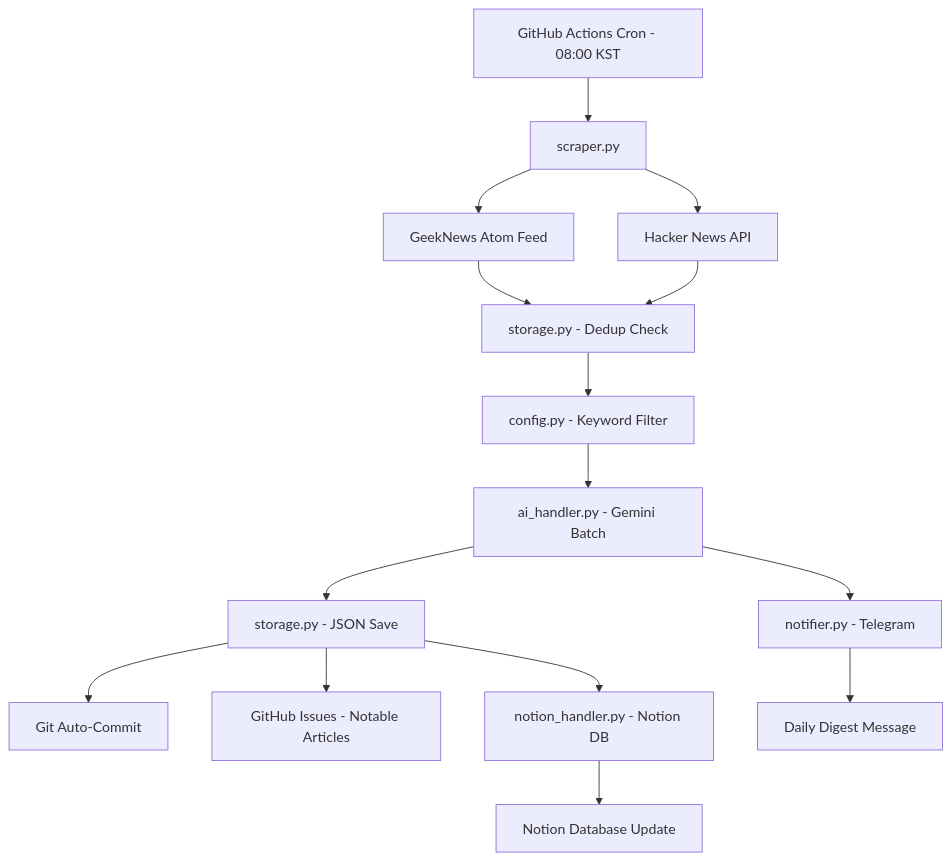
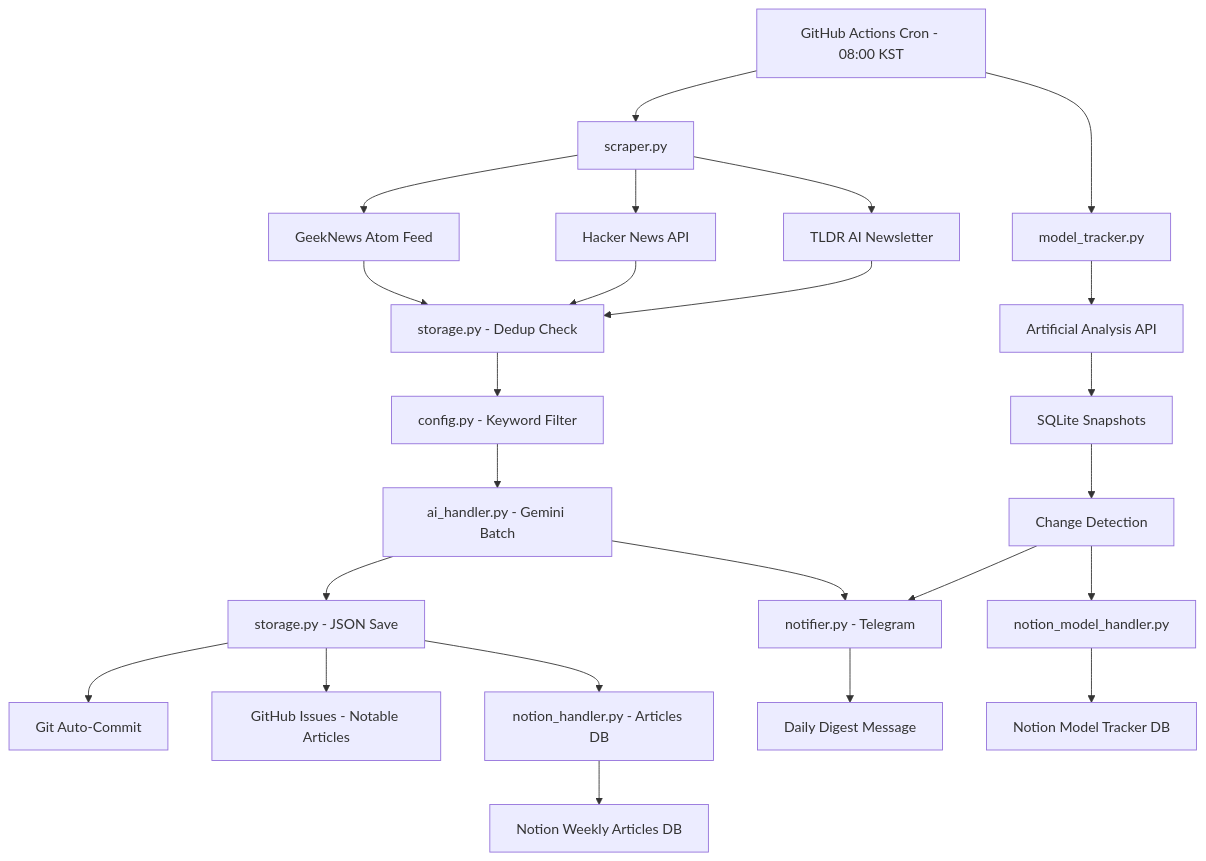
One commit to blackas/InsightFlow changed the diagram in README.md. Above: the diagram before and after it, drawn with Mermaid. The commit also changed other lines of this file, not shown here.

Commit message:
docs: update README with TLDR AI, Model Tracker, and Notion Model DB

````diff
--- a/README.md
+++ b/README.md
@@ -11,17 +11,26 @@
 ```mermaid
 graph TD
     A[GitHub Actions Cron - 08:00 KST] --> B[scraper.py]
     B --> B1[GeekNews Atom Feed]
     B --> B2[Hacker News API]
+    B --> B3[TLDR AI Newsletter]
     B1 --> C[storage.py - Dedup Check]
     B2 --> C
+    B3 --> C
     C --> D[config.py - Keyword Filter]
     D --> E[ai_handler.py - Gemini Batch]
     E --> F[notifier.py - Telegram]
     E --> G[storage.py - JSON Save]
     G --> H[Git Auto-Commit]
     G --> I[GitHub Issues - Notable Articles]
-    G --> K[notion_handler.py - Notion DB]
+    G --> K[notion_handler.py - Articles DB]
     F --> J[Daily Digest Message]
-    K --> L[Notion Database Update]
+    K --> L[Notion Weekly Articles DB]
+    A --> M[model_tracker.py]
+    M --> N[Artificial Analysis API]
+    N --> O[SQLite Snapshots]
+    O --> P[Change Detection]
+    P --> F
+    P --> Q[notion_model_handler.py]
+    Q --> R[Notion Model Tracker DB]
 ```
````
